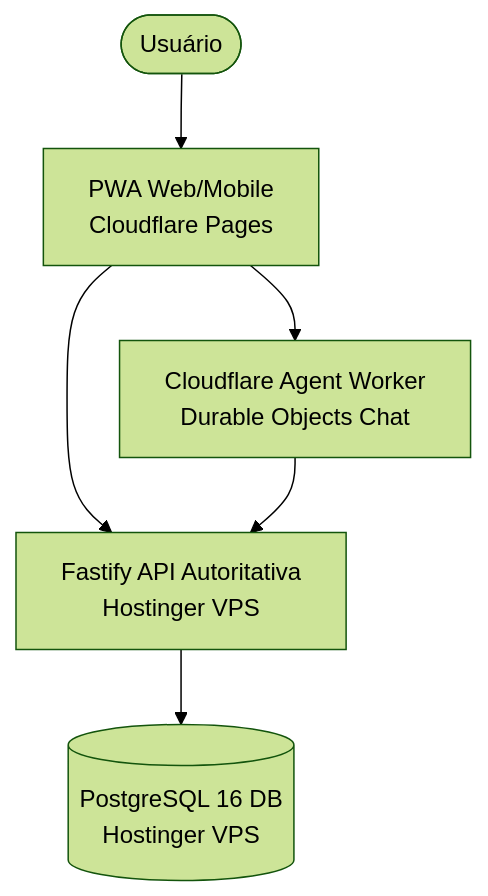
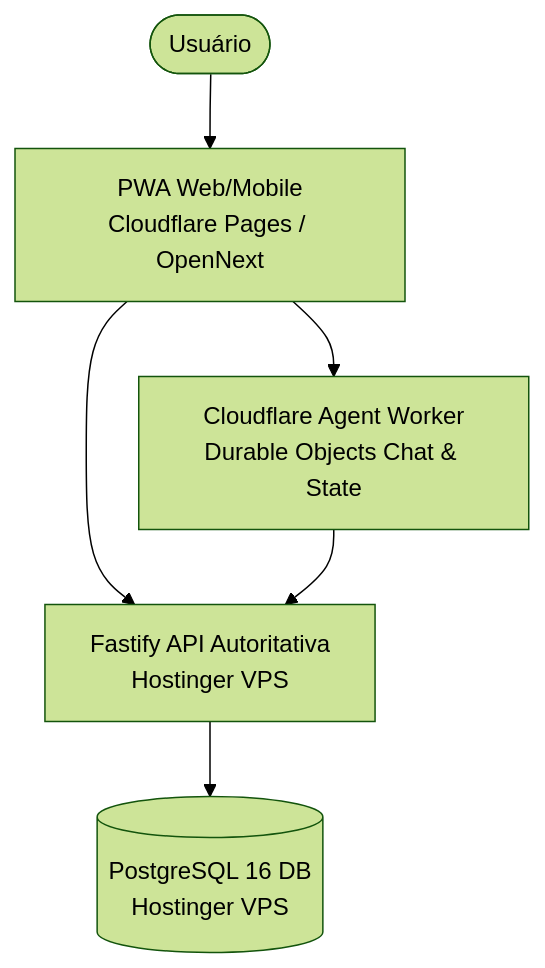
Before and after one commit to Kusts/meu-ted: the diagram in docs/ARCHITECTURE-TARGET.md, drawn with Mermaid (forest theme). The commit also changed other lines of this file and 13 other files, not shown here.

````diff
--- a/docs/ARCHITECTURE-TARGET.md
+++ b/docs/ARCHITECTURE-TARGET.md
@@ -10,8 +10,8 @@
 ```mermaid
 graph TD
-    User([Usuário]) --> PWA[PWA Web/Mobile<br/>Cloudflare Pages]
-    PWA --> AgentWorker[Cloudflare Agent Worker<br/>Durable Objects Chat]
+    User([Usuário]) --> PWA[PWA Web/Mobile<br/>Cloudflare Pages / OpenNext]
+    PWA --> AgentWorker[Cloudflare Agent Worker<br/>Durable Objects Chat & State]
     PWA --> API[Fastify API Autoritativa<br/>Hostinger VPS]
     AgentWorker --> API
     API --> Postgres[(PostgreSQL 16 DB<br/>Hostinger VPS)]
 ```
````
